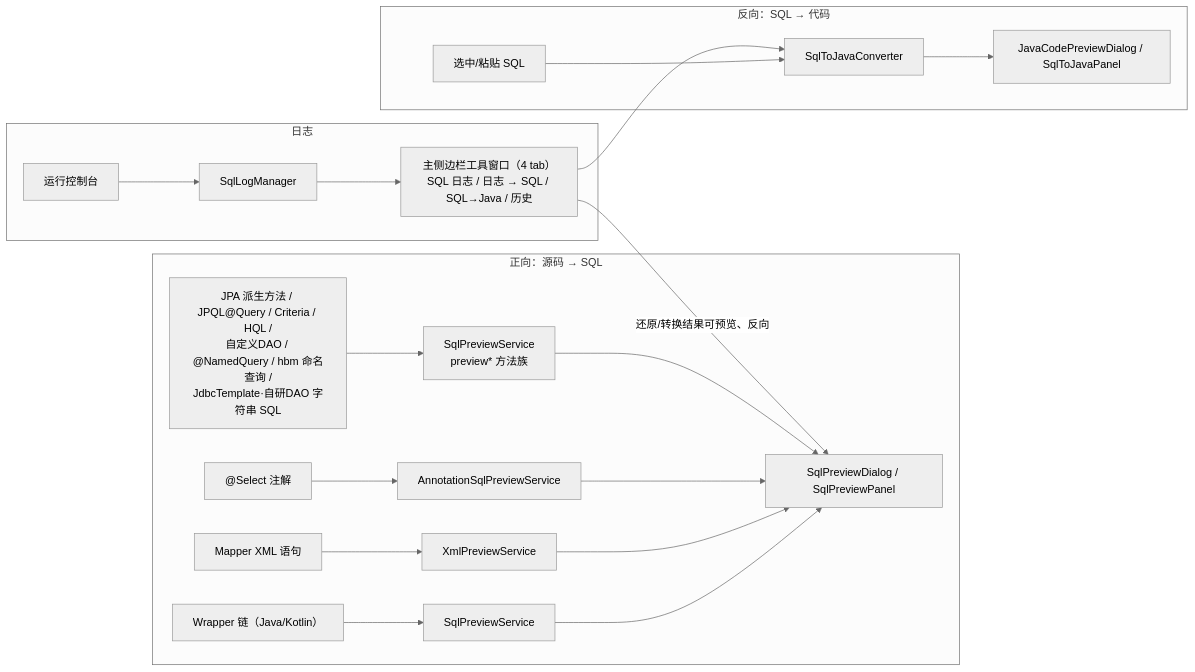
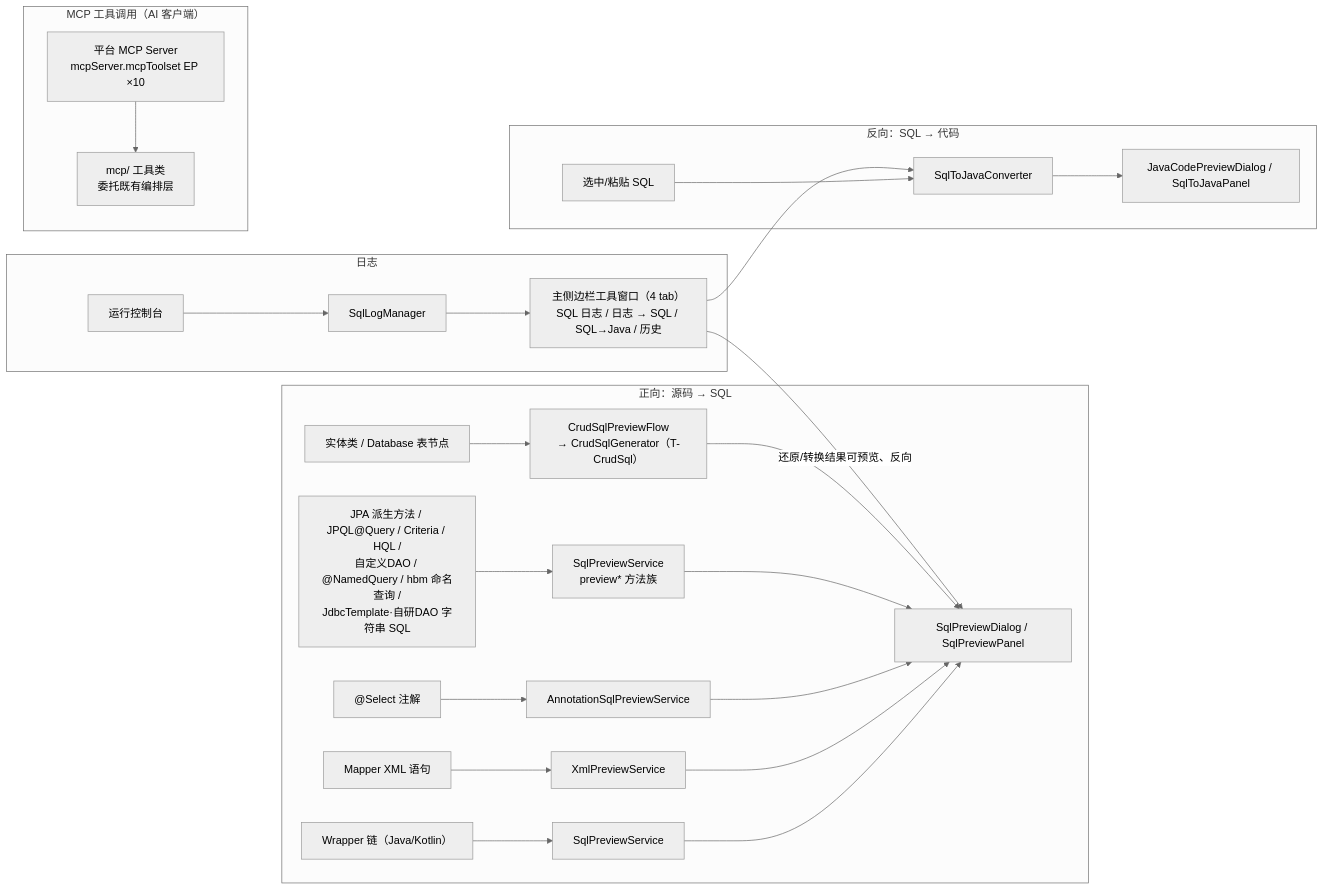
One commit to JayF211/mybatis-plus-sql-visualizer changed the first of 15 diagrams in docs/架构设计/02-核心流程详解.md. Above: the diagram before and after it, drawn with Mermaid (neutral theme). The commit also changed other lines of this file and 2 other files, not shown here.

````diff
--- a/docs/架构设计/02-核心流程详解.md
+++ b/docs/架构设计/02-核心流程详解.md
@@ -10,23 +10,28 @@
 ```mermaid
 flowchart LR
     subgraph 正向["正向：源码 → SQL"]
         P1["Wrapper 链（Java/Kotlin）"] --> P2["SqlPreviewService"]
         P3["Mapper XML 语句"] --> P4["XmlPreviewService"]
         P5["@Select 注解"] --> P6["AnnotationSqlPreviewService"]
         P8["JPA 派生方法 / JPQL@Query / Criteria / HQL /<br/>自定义DAO / @NamedQuery / hbm 命名查询 /<br/>JdbcTemplate·自研DAO 字符串 SQL"] --> P9["SqlPreviewService<br/>preview* 方法族"]
+        P10["实体类 / Database 表节点"] --> P11["CrudSqlPreviewFlow<br/>→ CrudSqlGenerator（T-CrudSql）"]
         P2 --> P7["SqlPreviewDialog / SqlPreviewPanel"]
         P4 --> P7
         P6 --> P7
         P9 --> P7
+        P11 --> P7
     end
     subgraph 反向["反向：SQL → 代码"]
         R1["选中/粘贴 SQL"] --> R2["SqlToJavaConverter"]
         R2 --> R3["JavaCodePreviewDialog / SqlToJavaPanel"]
     end
     subgraph 日志["日志"]
         L1["运行控制台"] --> L2["SqlLogManager"]
         L2 --> L3["主侧边栏工具窗口（4 tab）<br/>SQL 日志 / 日志 → SQL / SQL→Java / 历史"]
     end
+    subgraph MCP["MCP 工具调用（AI 客户端）"]
+        M1["平台 MCP Server<br/>mcpServer.mcpToolset EP ×10"] --> M2["mcp/ 工具类<br/>委托既有编排层"]
+    end
     L3 -->|"还原/转换结果可预览、反向"| P7
     L3 --> R2
 ```
````
